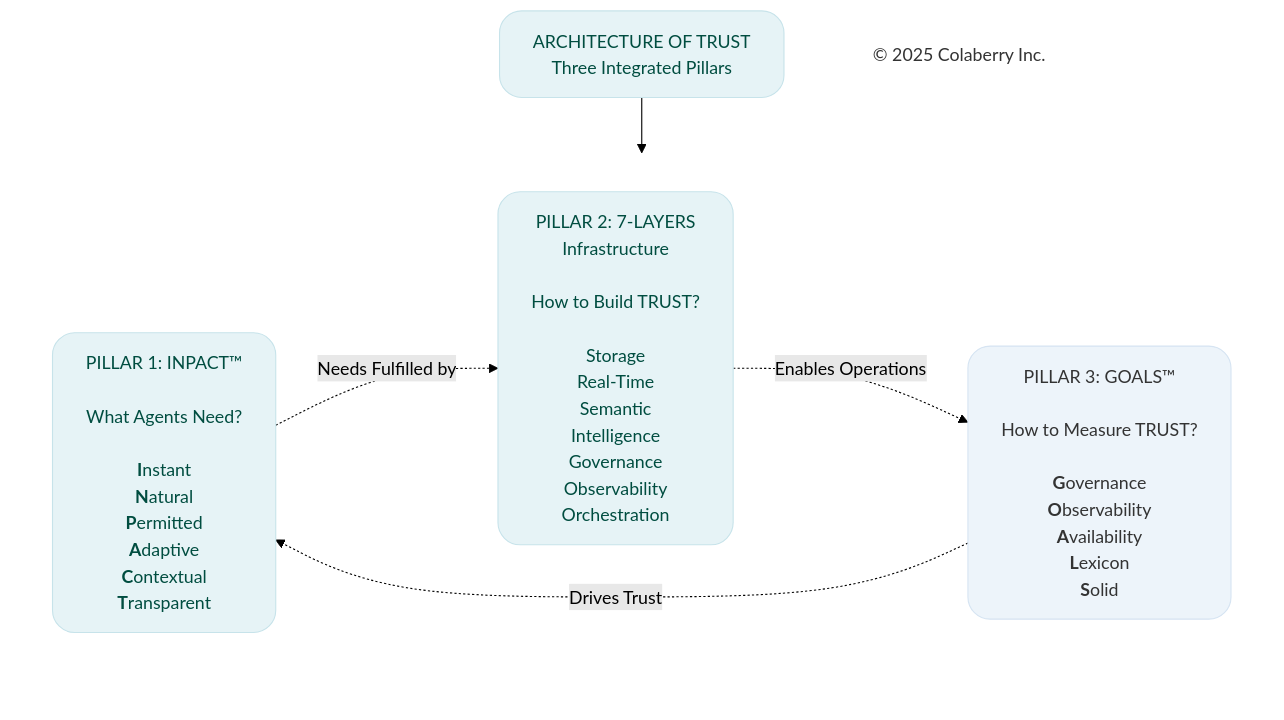
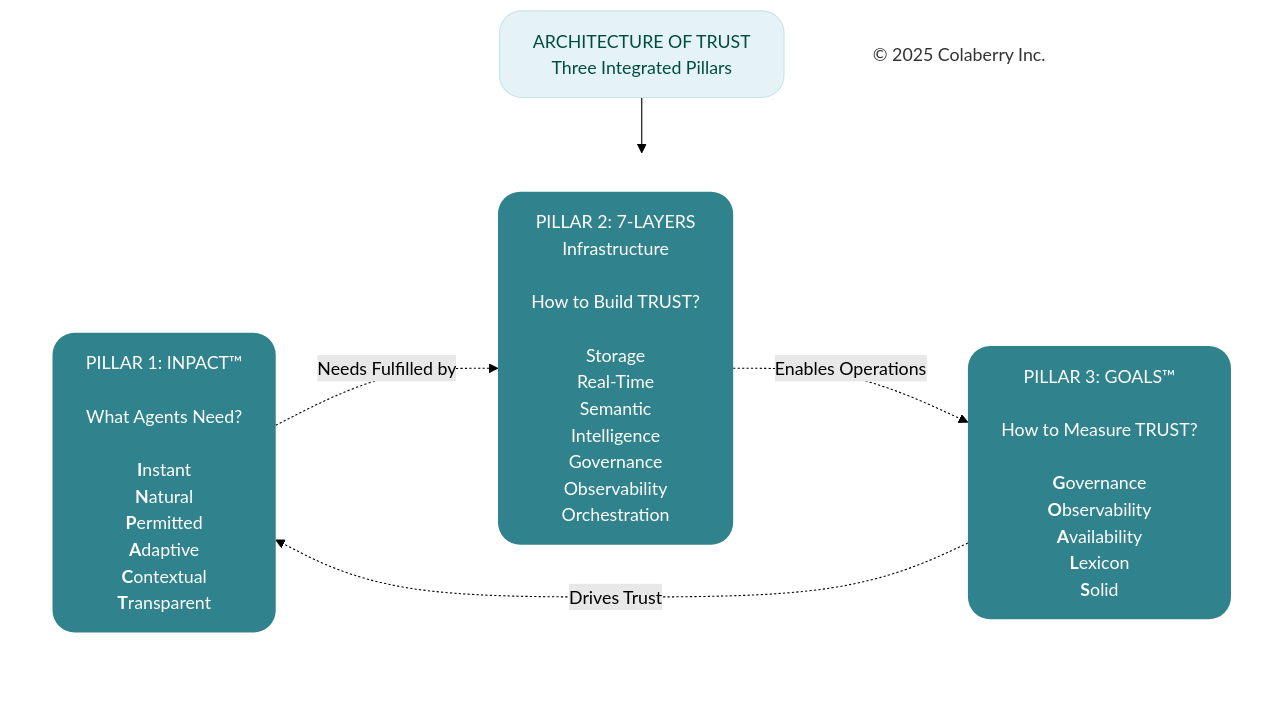
The diagram in mermaid-source/figure-7-2.mmd (saitejesh-cyber/trust-before-intelligence-book), drawn with Mermaid (forest theme) before and after one commit. The commit also changed other lines of this file and 21 other files, not shown here.

Commit message:
Address Ram feedback for Chapter 4-9 figure palette alignment

```diff
--- a/mermaid-source/figure-7-2.mmd
+++ b/mermaid-source/figure-7-2.mmd
@@ -1,27 +1,27 @@
 
 graph TB
     Title["ARCHITECTURE OF TRUST<br/>Three Integrated Pillars"]
     
     subgraph PILLARS[" "]
         direction LR
         INPACT["PILLAR 1: INPACT™<br/><br/>What Agents Need?<br/><br/><b>I</b>nstant<br/><b>N</b>atural<br/><b>P</b>ermitted<br/><b>A</b>daptive<br/><b>C</b>ontextual<br/><b>T</b>ransparent"]
         
         Layers["PILLAR 2: 7-LAYERS<br/>Infrastructure<br/><br/>How to Build TRUST?<br/><br/>Storage<br/>Real-Time<br/>Semantic<br/>Intelligence<br/>Governance<br/>Observability<br/>Orchestration"]
         
         GOALS["PILLAR 3: GOALS™<br/><br/>How to Measure TRUST?<br/><br/><b>G</b>overnance<br/><b>O</b>bservability<br/><b>A</b>vailability<br/><b>L</b>exicon<br/><b>S</b>olid"]
     end
     
     Copyright["© 2025 Colaberry Inc."]
     
     Title --> PILLARS
     
     INPACT -.->|"Needs Fulfilled by"| Layers
     Layers -.->|"Enables Operations"| GOALS
     GOALS -.->|"Drives Trust"| INPACT
     
     style Title fill:#e6f3f6,stroke:#c7e3ea,stroke-width:1px,color:#004d40,rx:20,ry:20
     style PILLARS fill:none,stroke:none
-    style INPACT fill:#e6f3f6,stroke:#c7e3ea,stroke-width:1px,color:#004d40,rx:20,ry:20
-    style Layers fill:#e6f3f6,stroke:#c7e3ea,stroke-width:1px,color:#004d40,rx:20,ry:20
-    style GOALS fill:#edf4fa,stroke:#d6e4f2,stroke-width:1px,color:#333333,rx:20,ry:20
+    style INPACT fill:#30838C,stroke:none,color:#ffffff,rx:20,ry:20
+    style Layers fill:#30838C,stroke:none,color:#ffffff,rx:20,ry:20
+    style GOALS fill:#30838C,stroke:none,color:#ffffff,rx:20,ry:20
     style Copyright fill:none,stroke:none,color:#333333
```
